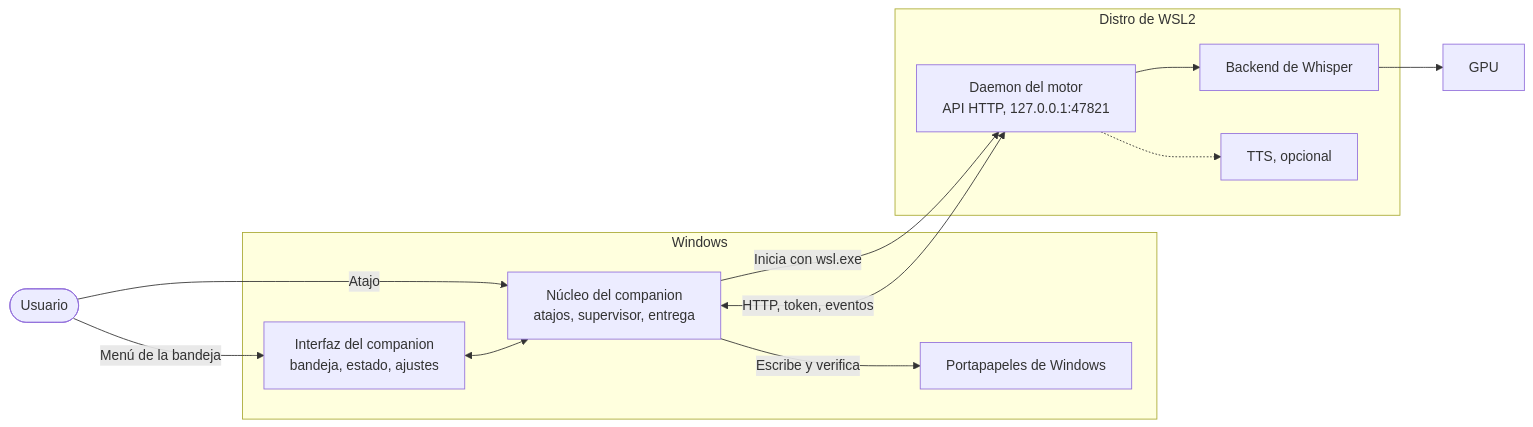
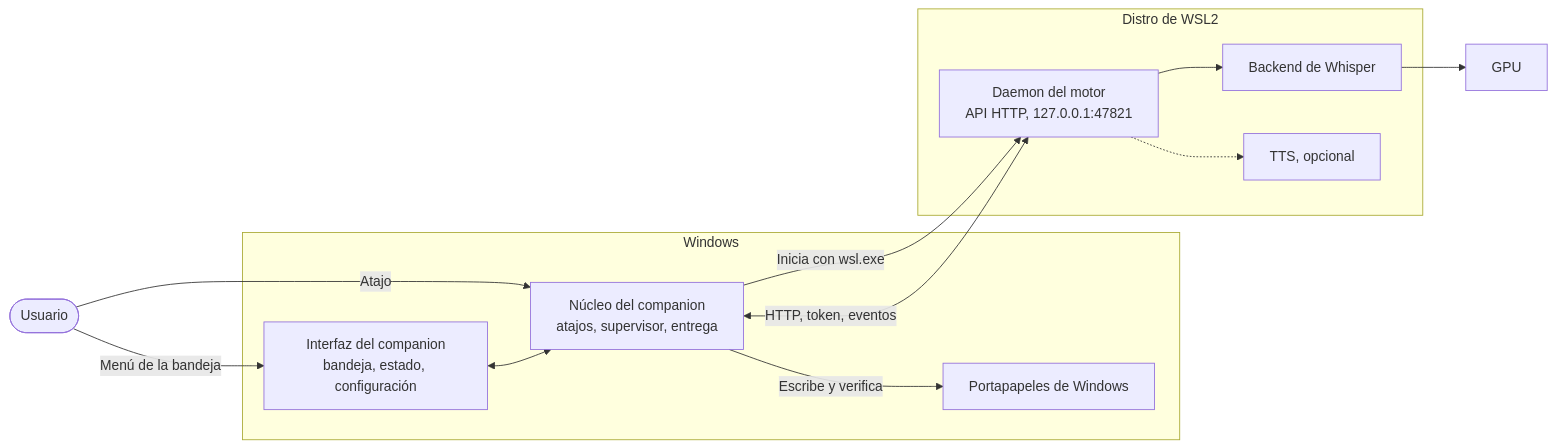
The second of 5 diagrams in README.es.md (nano-br/voice-mate), drawn with Mermaid before and after one commit. The commit also changed other lines of this file and 1 other file, not shown here.

````diff
--- a/README.es.md
+++ b/README.es.md
@@ -175,23 +175,23 @@
 ```mermaid
 flowchart LR
     user(["Usuario"])
     subgraph win["Windows"]
-        ui["Interfaz del companion<br/>bandeja, estado, ajustes"]
+        ui["Interfaz del companion<br/>bandeja, estado, configuración"]
         core["Núcleo del companion<br/>atajos, supervisor, entrega"]
         clip["Portapapeles de Windows"]
     end
     subgraph wsl["Distro de WSL2"]
         api["Daemon del motor<br/>API HTTP, 127.0.0.1:47821"]
         stt["Backend de Whisper"]
         tts["TTS, opcional"]
     end
     gpu["GPU"]
     user -->|"Menú de la bandeja"| ui
     user -->|"Atajo"| core
     ui <--> core
     core -->|"Escribe y verifica"| clip
     core -->|"Inicia con wsl.exe"| api
     core <-->|"HTTP, token, eventos"| api
     api --> stt --> gpu
     api -.-> tts
 ```
````
